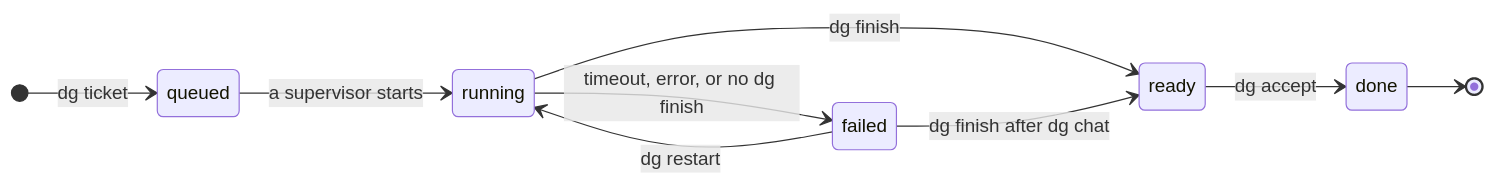
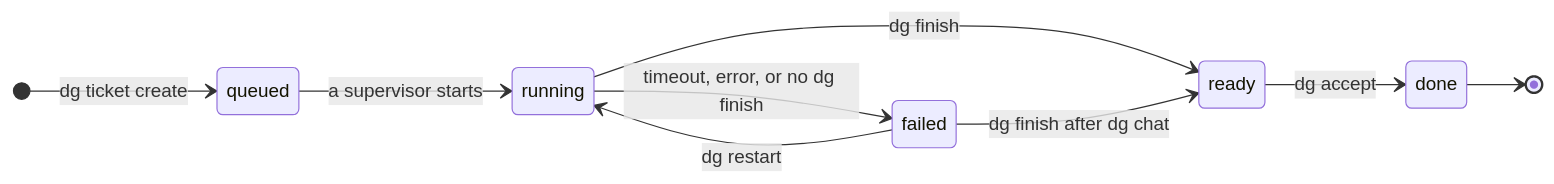
The diagram in docs/TECHNICAL_DESIGN.md (alcubie/delegator), drawn with Mermaid before and after one commit. The commit also changed other lines of this file and 32 other files, not shown here.

````diff
--- a/docs/TECHNICAL_DESIGN.md
+++ b/docs/TECHNICAL_DESIGN.md
@@ -555,12 +555,12 @@
 ```mermaid
 stateDiagram-v2
     direction LR
-    [*] --> queued: dg ticket
+    [*] --> queued: dg ticket create
     queued --> running: a supervisor starts
     running --> ready: dg finish
     running --> failed: timeout, error, or no dg finish
     failed --> running: dg restart
     failed --> ready: dg finish after dg chat
     ready --> done: dg accept
     done --> [*]
 ```
````
